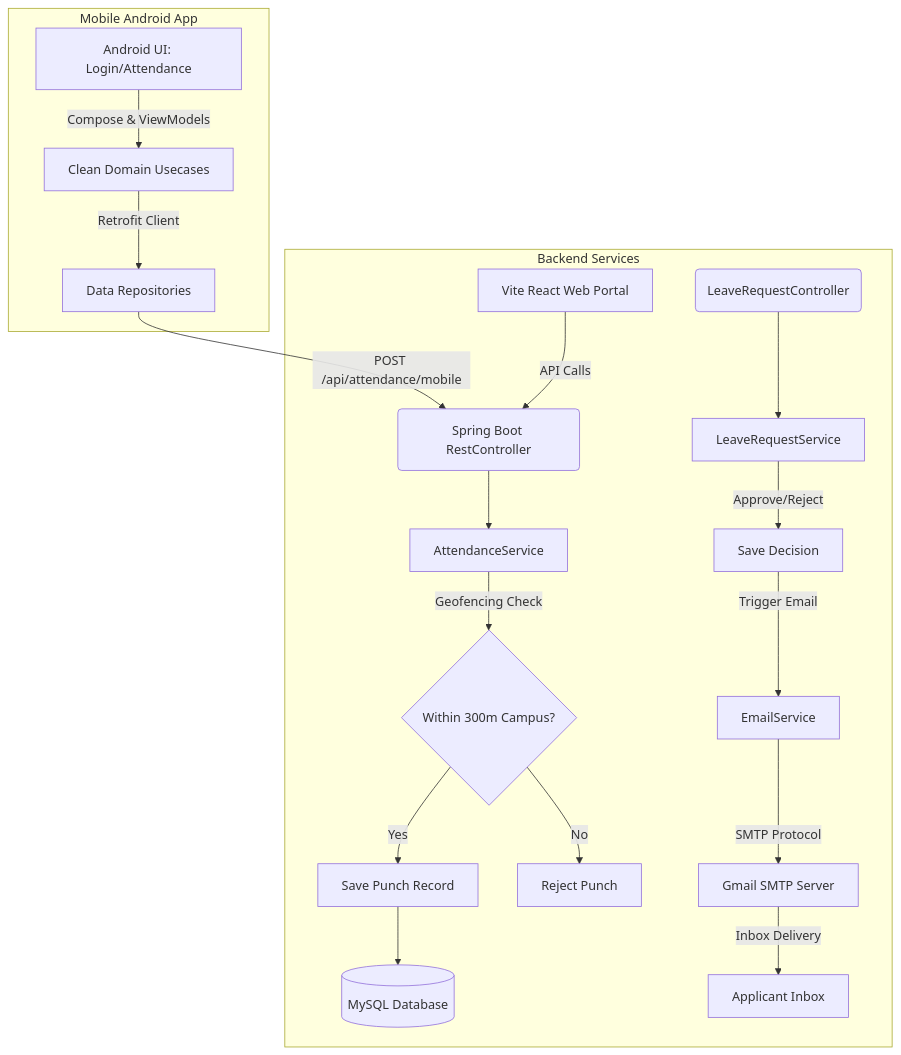
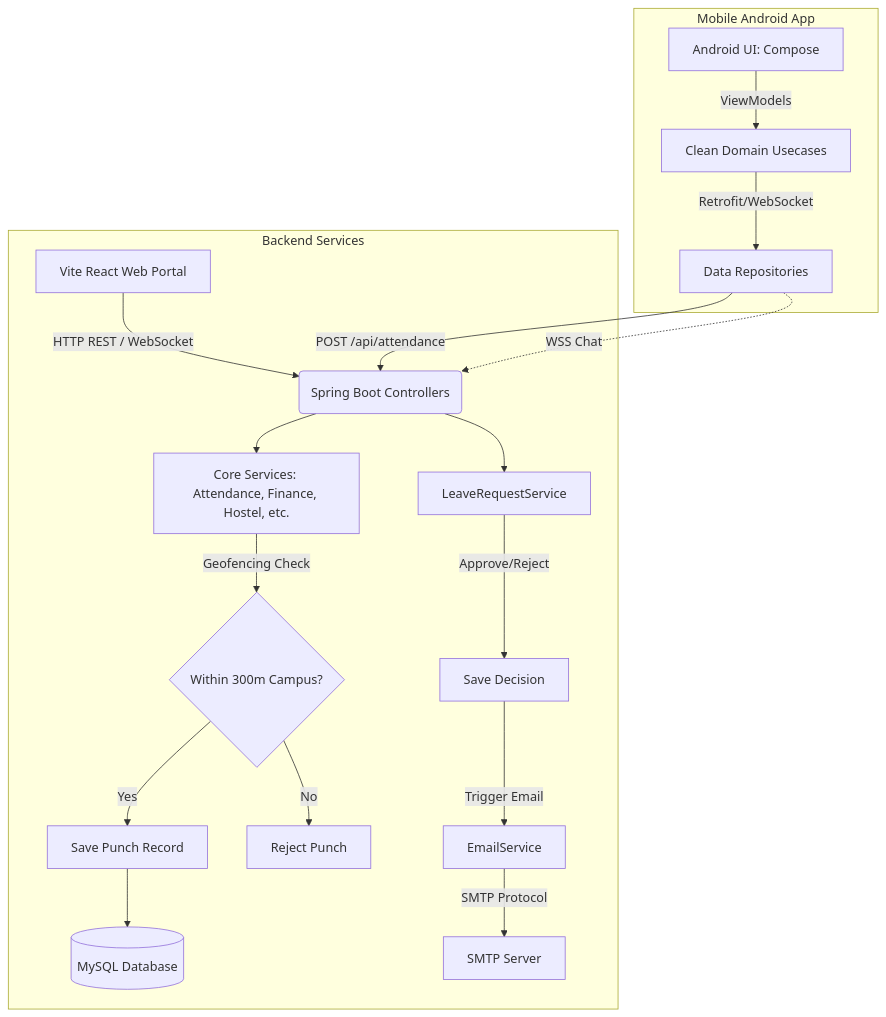
Before and after one commit to homen19/admin_management: the diagram in README.md, drawn with Mermaid. The commit also changed other lines of this file, not shown here.

````diff
--- a/README.md
+++ b/README.md
@@ -17,23 +41,24 @@
 ```mermaid
 graph TD
     subgraph Mobile Android App
-        A[Android UI: Login/Attendance] -->|Compose & ViewModels| B[Clean Domain Usecases]
-        B -->|Retrofit Client| C[Data Repositories]
+        A[Android UI: Compose] -->|ViewModels| B[Clean Domain Usecases]
+        B -->|Retrofit/WebSocket| C[Data Repositories]
     end
 
     subgraph Backend Services
-        D[Vite React Web Portal] -->|API Calls| E(Spring Boot RestController)
-        C -->|POST /api/attendance/mobile| E
-        E --> F[AttendanceService]
+        D[Vite React Web Portal] -->|HTTP REST / WebSocket| E(Spring Boot Controllers)
+        C -->|POST /api/attendance| E
+        C -.->|WSS Chat| E
+        
+        E --> F[Core Services: Attendance, Finance, Hostel, etc.]
         F -->|Geofencing Check| G{Within 300m Campus?}
         G -->|Yes| H[Save Punch Record]
         G -->|No| I[Reject Punch]
         H --> J[(MySQL Database)]
         
-        K(LeaveRequestController) --> L[LeaveRequestService]
+        E --> L[LeaveRequestService]
         L -->|Approve/Reject| M[Save Decision]
         M -->|Trigger Email| N[EmailService]
-        N -->|SMTP Protocol| O[Gmail SMTP Server]
-        O -->|Inbox Delivery| P[Applicant Inbox]
+        N -->|SMTP Protocol| O[SMTP Server]
     end
 ```
````
